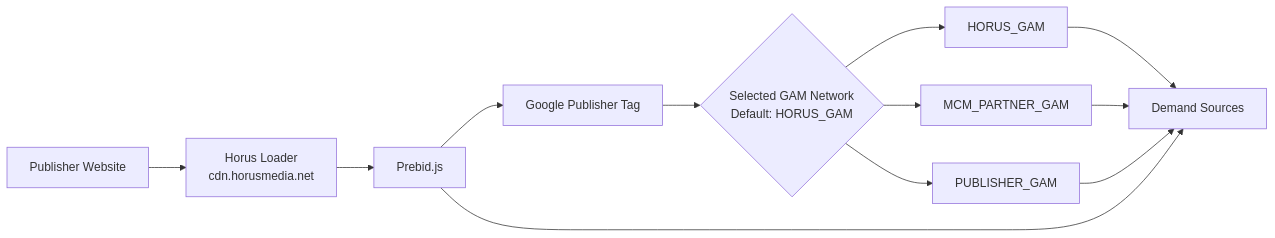
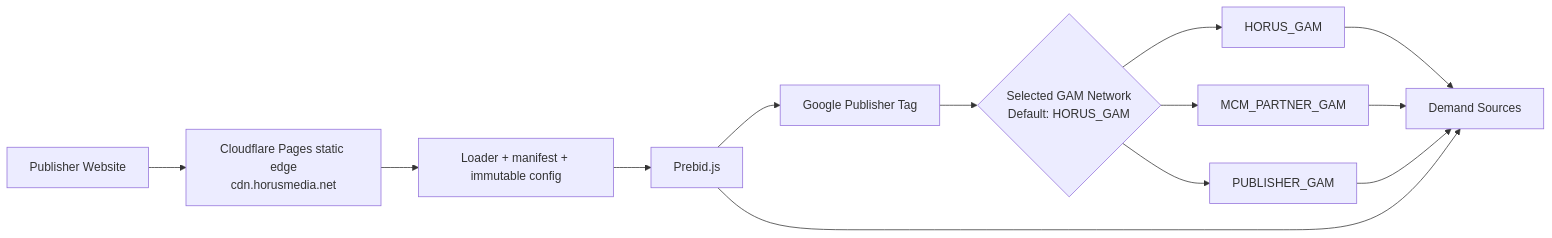
The first of 2 diagrams in docs/ARCHITECTURE.md (eltx1/hm01), drawn with Mermaid before and after one commit. The commit also changed other lines of this file and 59 other files, not shown here.

Commit message:
Implement Cloudflare Pages static delivery

```diff
--- a/docs/ARCHITECTURE.md
+++ b/docs/ARCHITECTURE.md
@@ -9,14 +9,15 @@
 ~~~mermaid
 flowchart LR
-    A["Publisher Website"] --> B["Horus Loader<br/>cdn.horusmedia.net"]
-    B --> C["Prebid.js"]
+    A["Publisher Website"] --> B["Cloudflare Pages static edge<br/>cdn.horusmedia.net"]
+    B --> J["Loader + manifest + immutable config"]
+    J --> C["Prebid.js"]
     C --> D["Google Publisher Tag"]
     D --> E{"Selected GAM Network<br/>Default: HORUS_GAM"}
     E --> F["HORUS_GAM"]
     E --> G["MCM_PARTNER_GAM"]
     E --> H["PUBLISHER_GAM"]
     F --> I["Demand Sources"]
     G --> I
     H --> I
     C --> I
 ~~~
```
